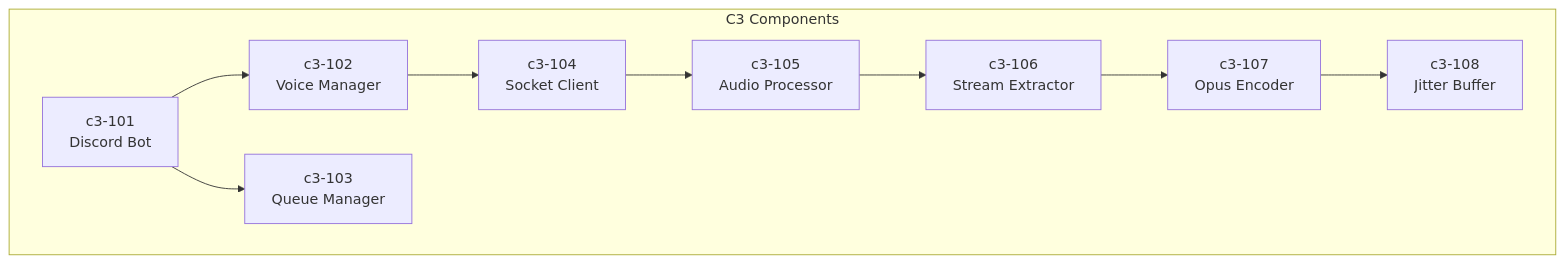
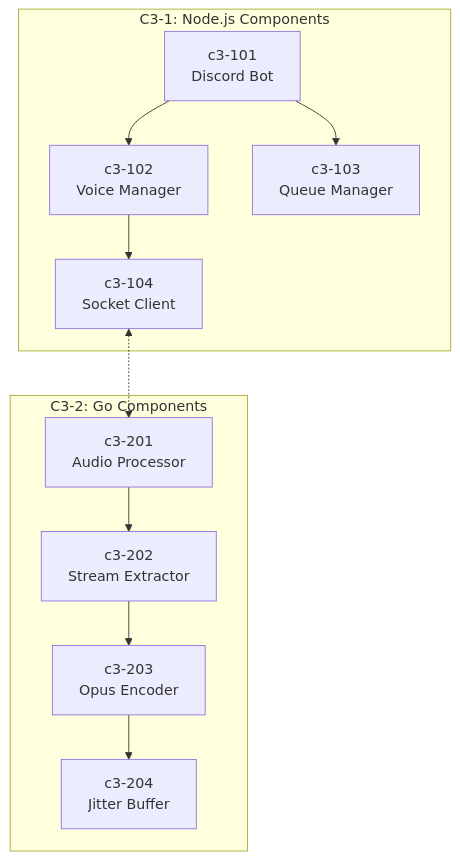
Before and after one commit to thewind121212/natashi: the third of 9 diagrams in .claude/skills/topic-planning/SKILL.md, drawn with Mermaid. The commit also changed other lines of this file and 992 other files, not shown here.

````diff
--- a/.claude/skills/topic-planning/SKILL.md
+++ b/.claude/skills/topic-planning/SKILL.md
@@ -98,21 +99,24 @@
 ```mermaid
 flowchart TB
-    subgraph C3["C3 Components"]
+    subgraph C3_1["C3-1: Node.js Components"]
         C101[c3-101<br/>Discord Bot]
         C102[c3-102<br/>Voice Manager]
         C103[c3-103<br/>Queue Manager]
         C104[c3-104<br/>Socket Client]
-        C105[c3-105<br/>Audio Processor]
-        C106[c3-106<br/>Stream Extractor]
-        C107[c3-107<br/>Opus Encoder]
-        C108[c3-108<br/>Jitter Buffer]
+    end
+
+    subgraph C3_2["C3-2: Go Components"]
+        C201[c3-201<br/>Audio Processor]
+        C202[c3-202<br/>Stream Extractor]
+        C203[c3-203<br/>Opus Encoder]
+        C204[c3-204<br/>Jitter Buffer]
     end
 
     C101 --> C102
     C101 --> C103
     C102 --> C104
-    C104 --> C105
-    C105 --> C106
-    C106 --> C107
-    C107 --> C108
+    C104 <-.-> C201
+    C201 --> C202
+    C202 --> C203
+    C203 --> C204
 ```
````
